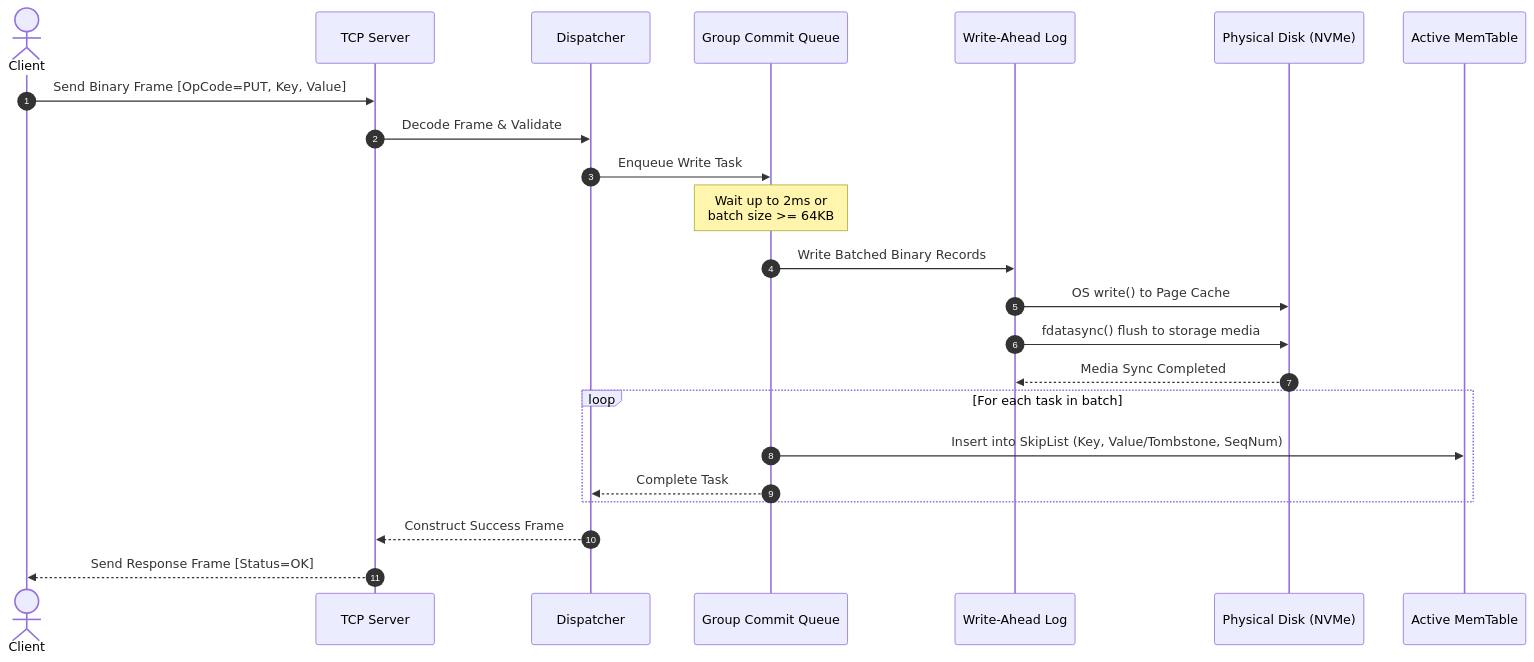
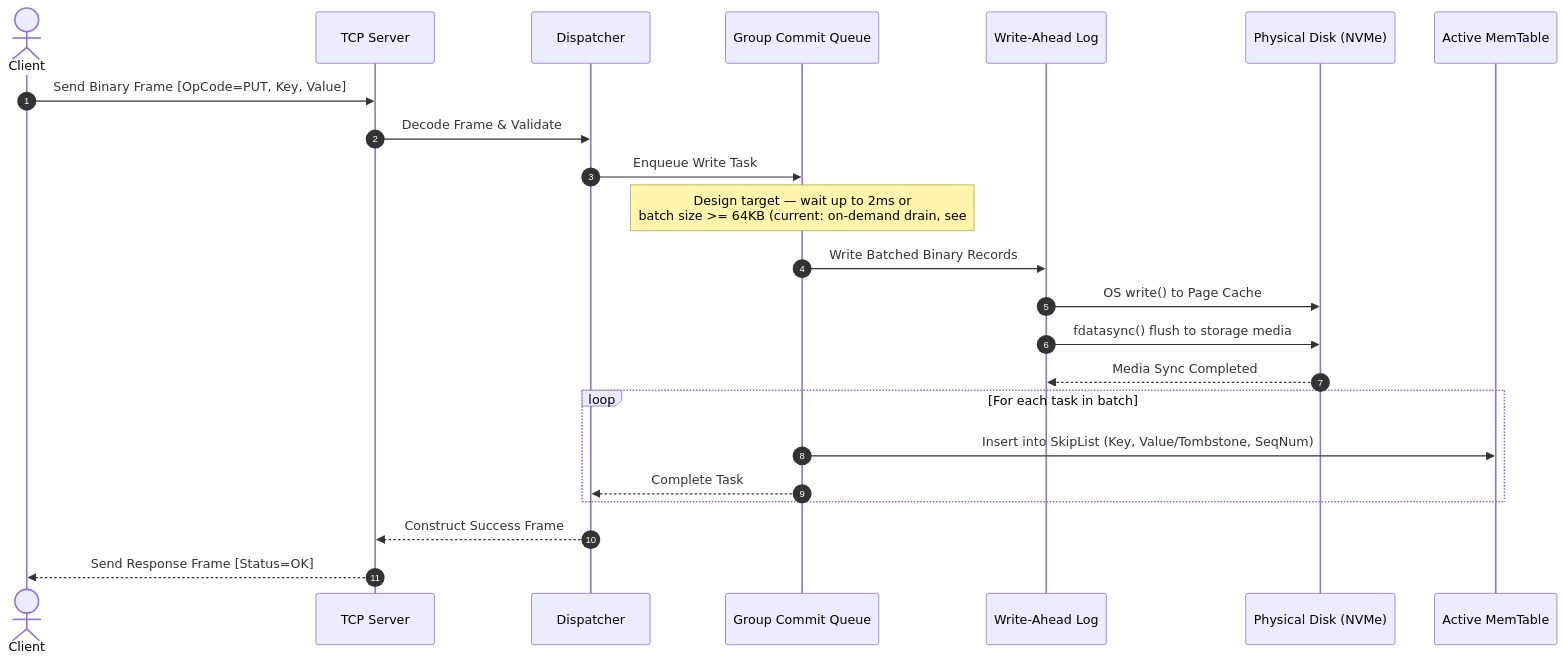
One commit to silent-knight19/Lattice changed the second of 10 diagrams in docs/architecture-spec.md. Above: the diagram before and after it, drawn with Mermaid. The commit also changed other lines of this file and 23 other files, not shown here.

````diff
--- a/docs/architecture-spec.md
+++ b/docs/architecture-spec.md
@@ -393,29 +393,29 @@
 ```mermaid
 sequenceDiagram
     autonumber
     actor Client
     participant Net as TCP Server
     participant Disp as Dispatcher
     participant GC as Group Commit Queue
     participant WAL as Write-Ahead Log
     participant Disk as Physical Disk (NVMe)
     participant Mem as Active MemTable
 
     Client->>Net: Send Binary Frame [OpCode=PUT, Key, Value]
     Net->>Disp: Decode Frame & Validate
     Disp->>GC: Enqueue Write Task
 
-    Note over GC: Wait up to 2ms or<br/>batch size >= 64KB
+    Note over GC: Design target — wait up to 2ms or<br/>batch size >= 64KB (current: on-demand drain, see #13)
     GC->>WAL: Write Batched Binary Records
     WAL->>Disk: OS write() to Page Cache
     WAL->>Disk: fdatasync() flush to storage media
     Disk-->>WAL: Media Sync Completed
 
     loop For each task in batch
         GC->>Mem: Insert into SkipList (Key, Value/Tombstone, SeqNum)
         GC-->>Disp: Complete Task
     end
 
     Disp-->>Net: Construct Success Frame
     Net-->>Client: Send Response Frame [Status=OK]
 ```
````
